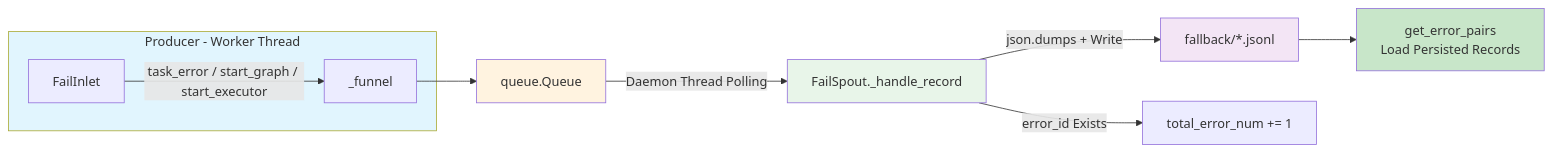
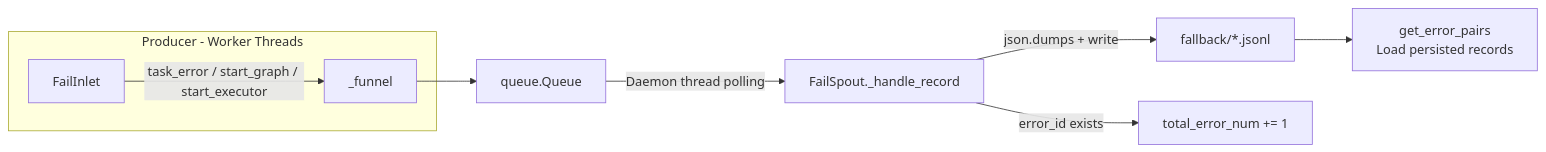
The first of 2 diagrams in docs/en/src/persistence/core_fail.md (Mr-xiaotian/CelestialFlow), drawn with Mermaid before and after one commit. The commit also changed other lines of this file and 278 other files, not shown here.

````diff
--- a/docs/en/src/persistence/core_fail.md
+++ b/docs/en/src/persistence/core_fail.md
@@ -13,19 +13,12 @@
 ```mermaid
 flowchart LR
-    subgraph Producer[Producer - Worker Thread]
+    subgraph Producer[Producer - Worker Threads]
         Inlet[FailInlet]
         Inlet -->|task_error / start_graph / start_executor| Funnel[_funnel]
     end
     Funnel --> Queue[queue.Queue]
-    Queue -->|Daemon Thread Polling| Spout[FailSpout._handle_record]
-    Spout -->|json.dumps + Write| JSONL[fallback/*.jsonl]
-    Spout -->|error_id Exists| Counter[total_error_num += 1]
-    JSONL --> Read[get_error_pairs
-Load Persisted Records]
-
-    style Producer fill:#e1f5fe
-    style Queue fill:#fff3e0
-    style Spout fill:#e8f5e9
-    style JSONL fill:#f3e5f5
-    style Read fill:#c8e6c9
+    Queue -->|Daemon thread polling| Spout[FailSpout._handle_record]
+    Spout -->|json.dumps + write| JSONL[fallback/*.jsonl]
+    Spout -->|error_id exists| Counter[total_error_num += 1]
+    JSONL --> Read[get_error_pairs<br/>Load persisted records]
 ```
````
